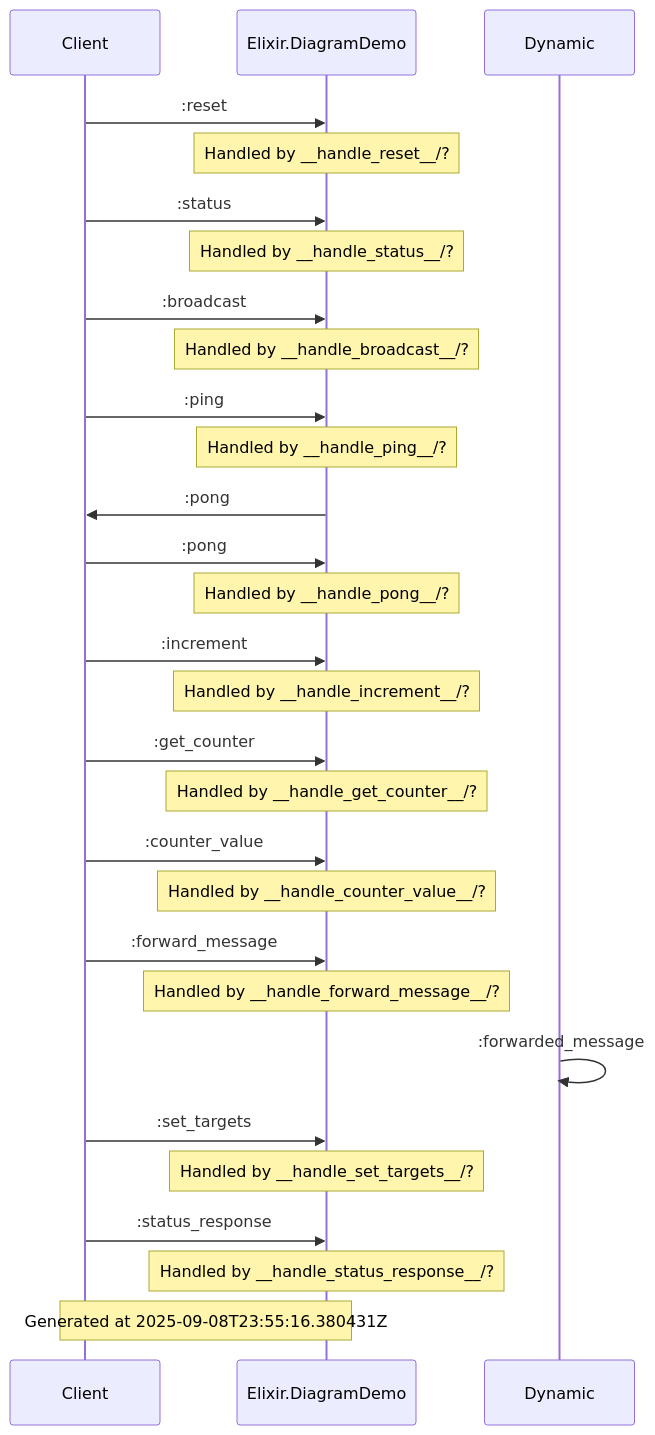
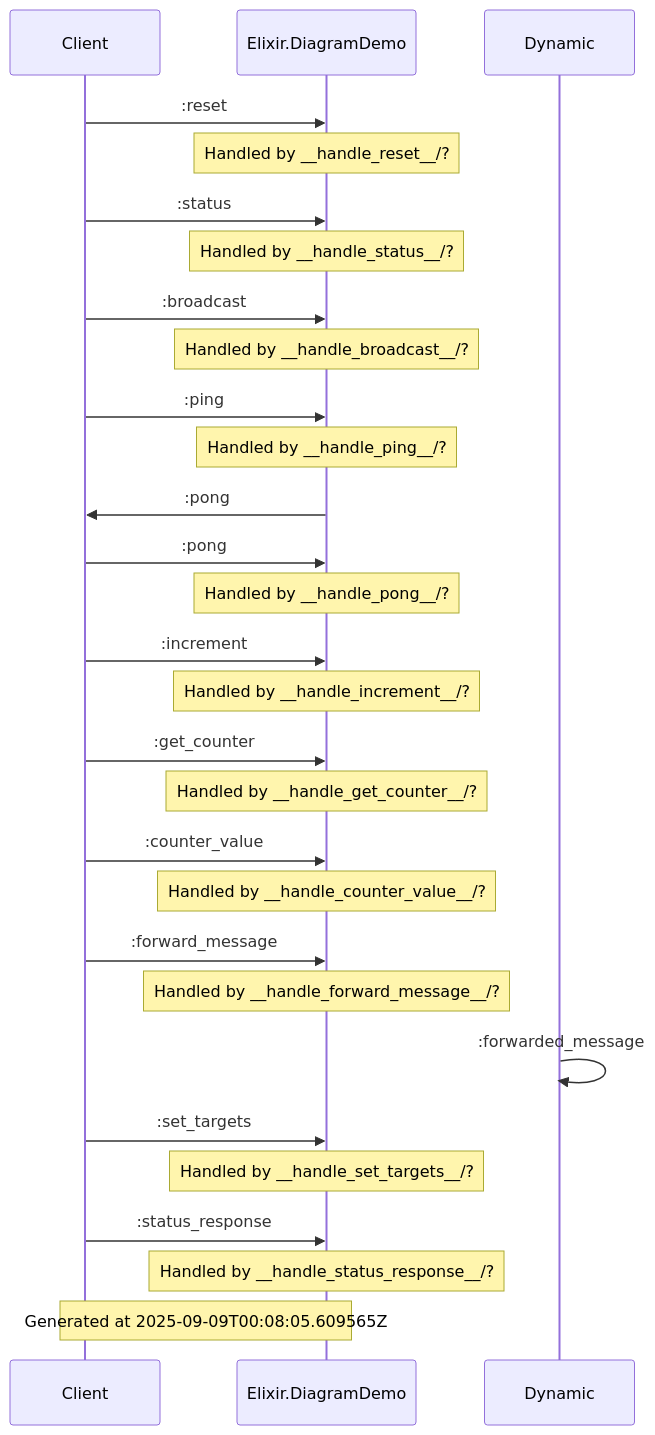
The diagram in docs/diagrams/Elixir.DiagramDemo.md (anoma/engine), drawn with Mermaid before and after one commit. The commit also changed other lines of this file and 5 other files, not shown here.

````diff
--- a/docs/diagrams/Elixir.DiagramDemo.md
+++ b/docs/diagrams/Elixir.DiagramDemo.md
@@ -5,32 +5,32 @@
 ```mermaid
 sequenceDiagram
     participant Client
     participant Elixir.Examples.DiagramDemoEngine as Elixir.DiagramDemo
     Client->>Elixir.Examples.DiagramDemoEngine: :reset
     Note over Elixir.Examples.DiagramDemoEngine: Handled by __handle_reset__/?
     Client->>Elixir.Examples.DiagramDemoEngine: :status
     Note over Elixir.Examples.DiagramDemoEngine: Handled by __handle_status__/?
     Client->>Elixir.Examples.DiagramDemoEngine: :broadcast
     Note over Elixir.Examples.DiagramDemoEngine: Handled by __handle_broadcast__/?
     Client->>Elixir.Examples.DiagramDemoEngine: :ping
     Note over Elixir.Examples.DiagramDemoEngine: Handled by __handle_ping__/?
     Elixir.Examples.DiagramDemoEngine->>Client: :pong
     Client->>Elixir.Examples.DiagramDemoEngine: :pong
     Note over Elixir.Examples.DiagramDemoEngine: Handled by __handle_pong__/?
     Client->>Elixir.Examples.DiagramDemoEngine: :increment
     Note over Elixir.Examples.DiagramDemoEngine: Handled by __handle_increment__/?
     Client->>Elixir.Examples.DiagramDemoEngine: :get_counter
     Note over Elixir.Examples.DiagramDemoEngine: Handled by __handle_get_counter__/?
     Client->>Elixir.Examples.DiagramDemoEngine: :counter_value
     Note over Elixir.Examples.DiagramDemoEngine: Handled by __handle_counter_value__/?
     Client->>Elixir.Examples.DiagramDemoEngine: :forward_message
     Note over Elixir.Examples.DiagramDemoEngine: Handled by __handle_forward_message__/?
     Dynamic->>Dynamic: :forwarded_message
     Client->>Elixir.Examples.DiagramDemoEngine: :set_targets
     Note over Elixir.Examples.DiagramDemoEngine: Handled by __handle_set_targets__/?
     Client->>Elixir.Examples.DiagramDemoEngine: :status_response
     Note over Elixir.Examples.DiagramDemoEngine: Handled by __handle_status_response__/?
 
-Note over Client, Elixir.Examples.DiagramDemoEngine: Generated at 2025-09-08T23:55:16.380431Z
+Note over Client, Elixir.Examples.DiagramDemoEngine: Generated at 2025-09-09T00:08:05.609565Z
 
 ```
````
